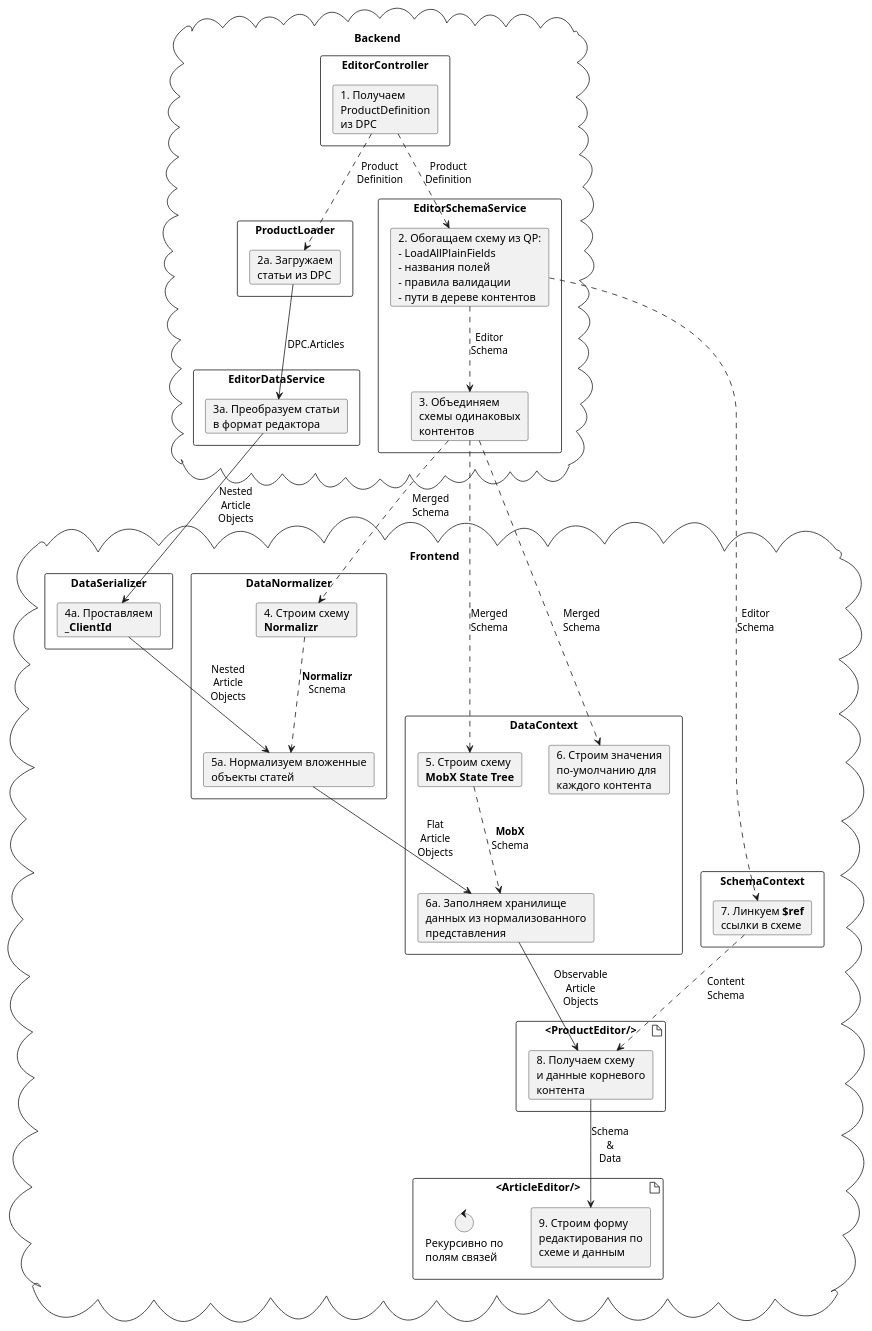
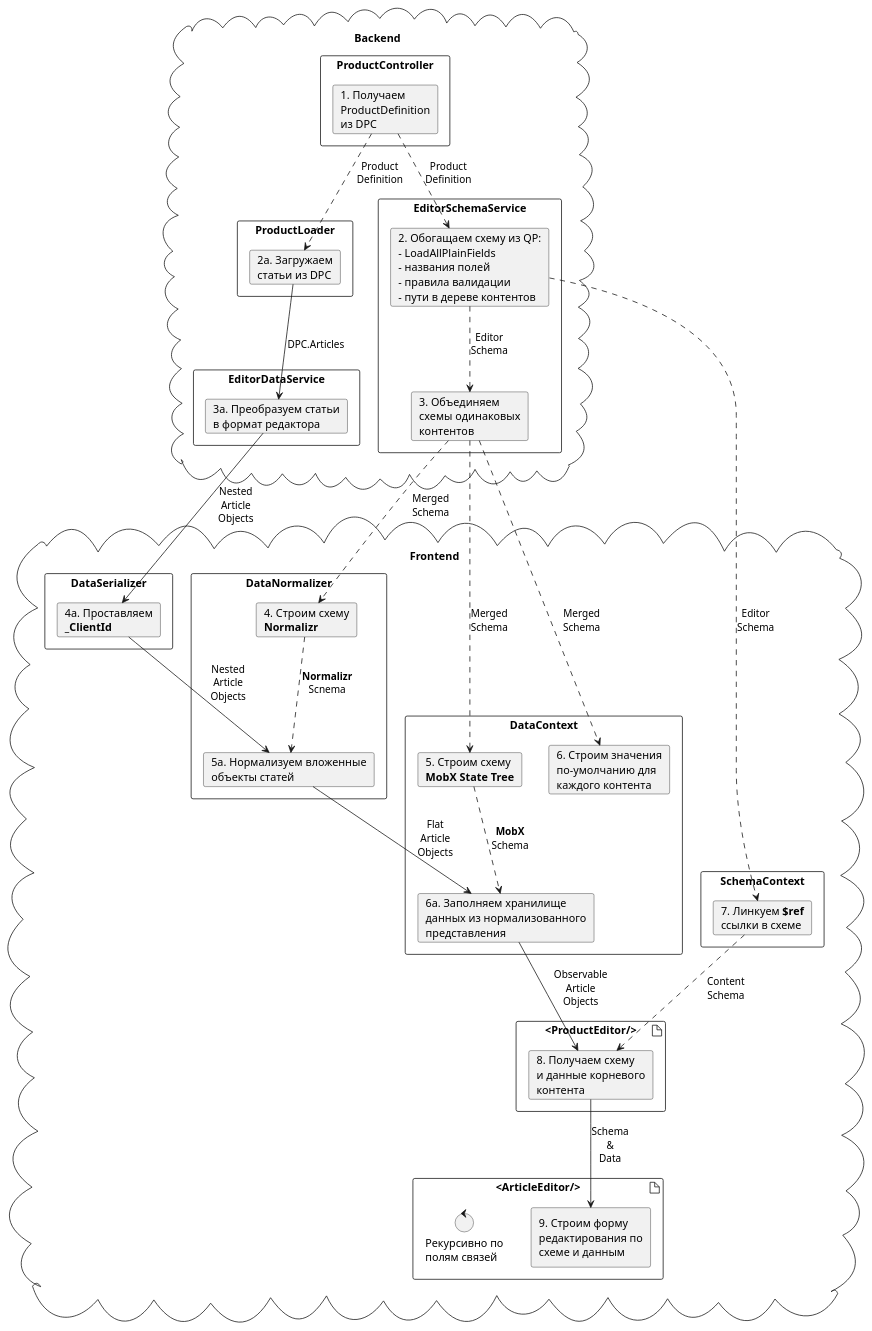
One commit to QuantumArt/QA.DPC changed the diagram in QA.ProductCatalog.Admin.WebApp/Docs/ProductEditor/DataTransformations.puml. Above: the diagram before and after it, drawn with PlantUML. The commit also changed 13 other files, not shown here.

```diff
--- a/QA.ProductCatalog.Admin.WebApp/Docs/ProductEditor/DataTransformations.puml
+++ b/QA.ProductCatalog.Admin.WebApp/Docs/ProductEditor/DataTransformations.puml
@@ -1,135 +1,135 @@
 @startuml DataTransformations
 
 cloud Backend {
-  rectangle EditorController {
+  rectangle ProductController {
     card GetDefinition [
       1. Получаем
       ProductDefinition
       из DPC
     ]
   }
 
   rectangle ProductLoader {
     card LoadArticles [
       2a. Загружаем
       статьи из DPC
     ]
   }
 
   GetDefinition ..> LoadArticles: Product\nDefinition
 
   rectangle EditorDataService {
     card ConvertArticles [
       3a. Преобразуем статьи
       в формат редактора
     ]
   }
 
   LoadArticles ==> ConvertArticles: DPC.Articles
 
   rectangle EditorSchemaService {
     card GetPlainFields [
       2. Обогащаем схему из QP:
       - LoadAllPlainFields
       - названия полей
       - правила валидации
       - пути в дереве контентов
     ]
 
     card MergeSchema [
       3. Объединяем
       схемы одинаковых
       контентов
     ]
 
     GetPlainFields ..> MergeSchema: Editor\nSchema
   }
 
   GetDefinition ..> GetPlainFields: Product\nDefinition
 }
 
 cloud Frontend {
   rectangle DataSerializer {
     card MapClientId [
       4a. Проставляем
       <b>_ClientId
     ]
   }
 
   rectangle DataNormalizer {
     card NormalizrSchema [
       4. Строим схему
       <b>Normalizr
     ]
 
     card NormalizeArticles [
       5a. Нормализуем вложенные
       объекты статей
     ]
 
     NormalizrSchema ..> NormalizeArticles: <b>Normalizr\nScnema
   }
 
   rectangle DataContext {
     card MobxSchema [
       5. Строим схему
       <b>MobX State Tree
     ]
 
     card DefaultValues [
       6. Строим значения
       по-умолчанию для
       каждого контента
     ]
 
     card InitStore [
       6a. Заполняем хранилище
       данных из нормализованного
       представления
     ]
 
     MobxSchema ..> InitStore: <b>MobX\nSchema
   }
 
   rectangle SchemaContext {
     card LinkSchema [
       7. Линкуем <b>$ref
       ссылки в схеме
     ]
   }
 
   artifact <ProductEditor/> {
     card RootContent [
       8. Получаем схему
       и данные корневого
       контента
     ]
   }
 
   artifact <ArticleEditor/> {
     rectangle EditorForm [
       9. Строим форму
       редактирования по
       схеме и данным
     ]
 
     control Recursion [
       Рекурсивно по
       полям связей
     ]
   }
 
   LinkSchema ..> RootContent: Content\nSchema
   NormalizeArticles ==> InitStore: Flat\nArticle\nObjects
   InitStore ==> RootContent: Observable\nArticle\nObjects
   RootContent ==> EditorForm: Schema\n&\nData
 }
 
 GetPlainFields ..> LinkSchema: Editor\nSchema
 MergeSchema ..> NormalizrSchema: Merged\nSchema
 MergeSchema ..> MobxSchema: Merged\nSchema
 MergeSchema ..> DefaultValues: Merged\nSchema
 ConvertArticles ==> MapClientId: Nested\nArticle\nObjects
 MapClientId ==> NormalizeArticles: Nested\nArticle\nObjects
 
 @enduml
```
